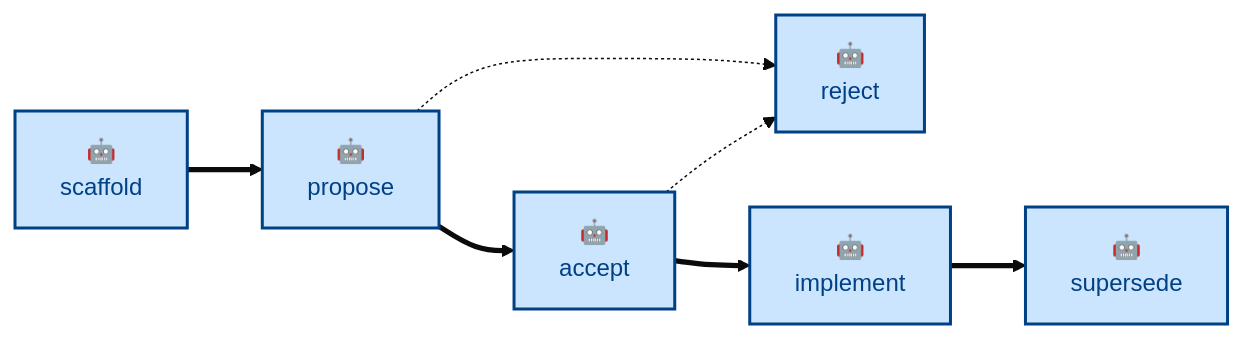
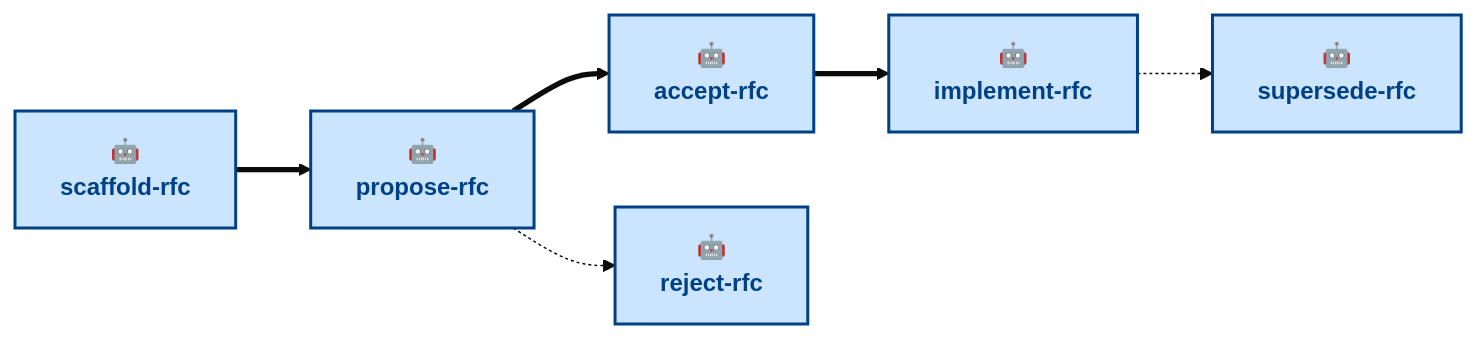
Before and after one commit to kieranpotts/rfc: the diagram in .agents/skills/README.md, drawn with Mermaid (base theme). The commit also changed other lines of this file, not shown here.

````diff
--- a/.agents/skills/README.md
+++ b/.agents/skills/README.md
@@ -26,20 +35,19 @@
 ```mermaid
 flowchart LR
-  scaffold["🤖<br/>scaffold"]:::agentic
-  propose["🤖<br/>propose"]:::agentic
-  accept["🤖<br/>accept"]:::agentic
-  reject["🤖<br/>reject"]:::agentic
-  implement["🤖<br/>implement"]:::agentic
-  supersede["🤖<br/>supersede"]:::agentic
+  scaffold["🤖<br/><b>scaffold-rfc</b>"]:::agentic
+  propose["🤖<br/><b>propose-rfc</b>"]:::agentic
+  accept["🤖<br/><b>accept-rfc</b>"]:::agentic
+  reject["🤖<br/><b>reject-rfc</b>"]:::agentic
+  implement["🤖<br/><b>implement-rfc</b>"]:::agentic
+  supersede["🤖<br/><b>supersede-rfc</b>"]:::agentic
 
   scaffold ==> propose
   propose ==> accept
   accept ==> implement
-  implement ==> supersede
+  implement -.-> supersede
   propose -.-> reject
-  accept -.-> reject
 
   classDef agentic fill:#cce5ff,stroke:#004085,color:#004085,stroke-width:2px
   classDef scripted fill:#e2e3e5,stroke:#4b5157,color:#383d41,stroke-width:2px
   classDef anthropic fill:#fff3cd,stroke:#856404,color:#856404,stroke-width:2px,stroke-dasharray:2 3
 ```
````
